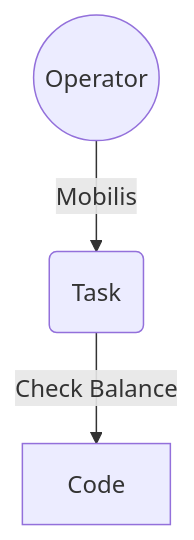
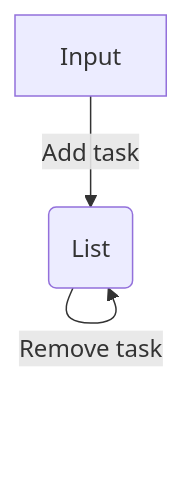
Before and after one commit to haithamaouati/ToDo: the diagram in README.md, drawn with Mermaid.

````diff
--- a/README.md
+++ b/README.md
@@ -29,4 +29,5 @@
 ```mermaid
 flowchart TD;
-O((Operator))-->|Mobilis|T(Task)-->|Check Balance|C[Code];
+I[Input]-->|Add task|L(List);
+L-->|Remove task|L;
 ```
````
